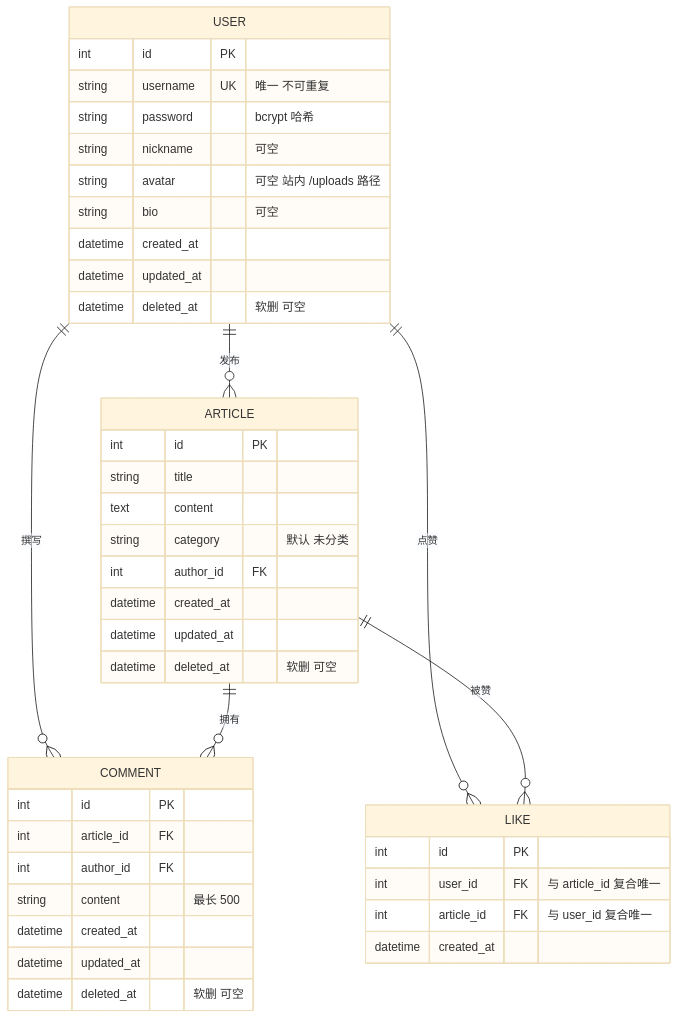
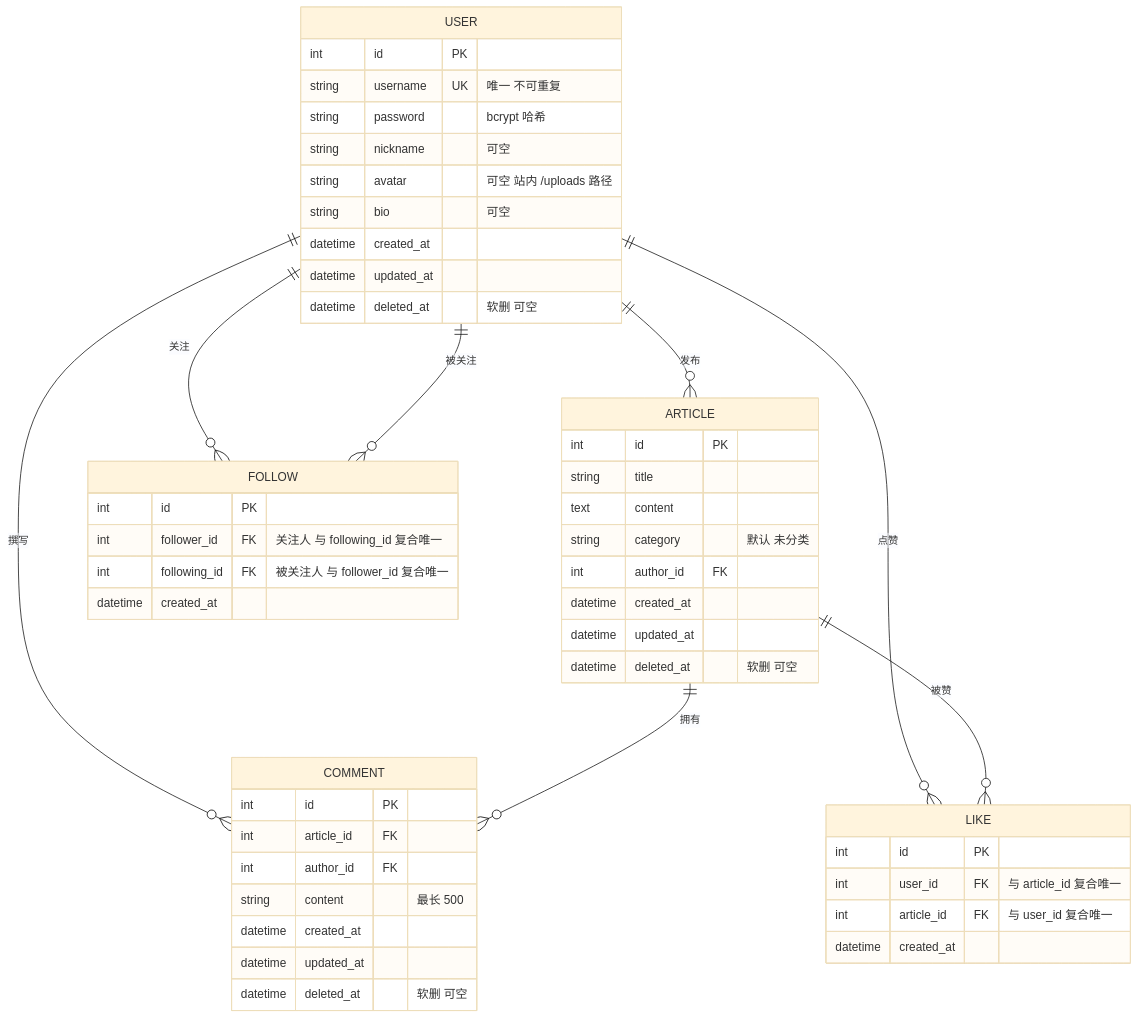
The third of 6 diagrams in docs/ARCHITECTURE.md (JuenLin/lin-blog), drawn with Mermaid (base theme) before and after one commit. The commit also changed other lines of this file, not shown here.

First line of the commit message:
docs: ARCHITECTURE.md 同步第 4 批结构变更

````diff
--- a/docs/ARCHITECTURE.md
+++ b/docs/ARCHITECTURE.md
@@ -109,45 +97,53 @@
 ```mermaid
 erDiagram
   USER ||--o{ ARTICLE : "发布"
   USER ||--o{ COMMENT : "撰写"
   USER ||--o{ LIKE : "点赞"
+  USER ||--o{ FOLLOW : "关注"
+  USER ||--o{ FOLLOW : "被关注"
   ARTICLE ||--o{ COMMENT : "拥有"
   ARTICLE ||--o{ LIKE : "被赞"
 
   USER {
     int id PK
     string username UK "唯一 不可重复"
     string password "bcrypt 哈希"
     string nickname "可空"
     string avatar "可空 站内 /uploads 路径"
     string bio "可空"
     datetime created_at
     datetime updated_at
     datetime deleted_at "软删 可空"
   }
   ARTICLE {
     int id PK
     string title
     text content
     string category "默认 未分类"
     int author_id FK
     datetime created_at
     datetime updated_at
     datetime deleted_at "软删 可空"
   }
   COMMENT {
     int id PK
     int article_id FK
     int author_id FK
     string content "最长 500"
     datetime created_at
     datetime updated_at
     datetime deleted_at "软删 可空"
   }
   LIKE {
     int id PK
     int user_id FK "与 article_id 复合唯一"
     int article_id FK "与 user_id 复合唯一"
     datetime created_at
   }
+  FOLLOW {
+    int id PK
+    int follower_id FK "关注人 与 following_id 复合唯一"
+    int following_id FK "被关注人 与 follower_id 复合唯一"
+    datetime created_at
+  }
 ```
````
